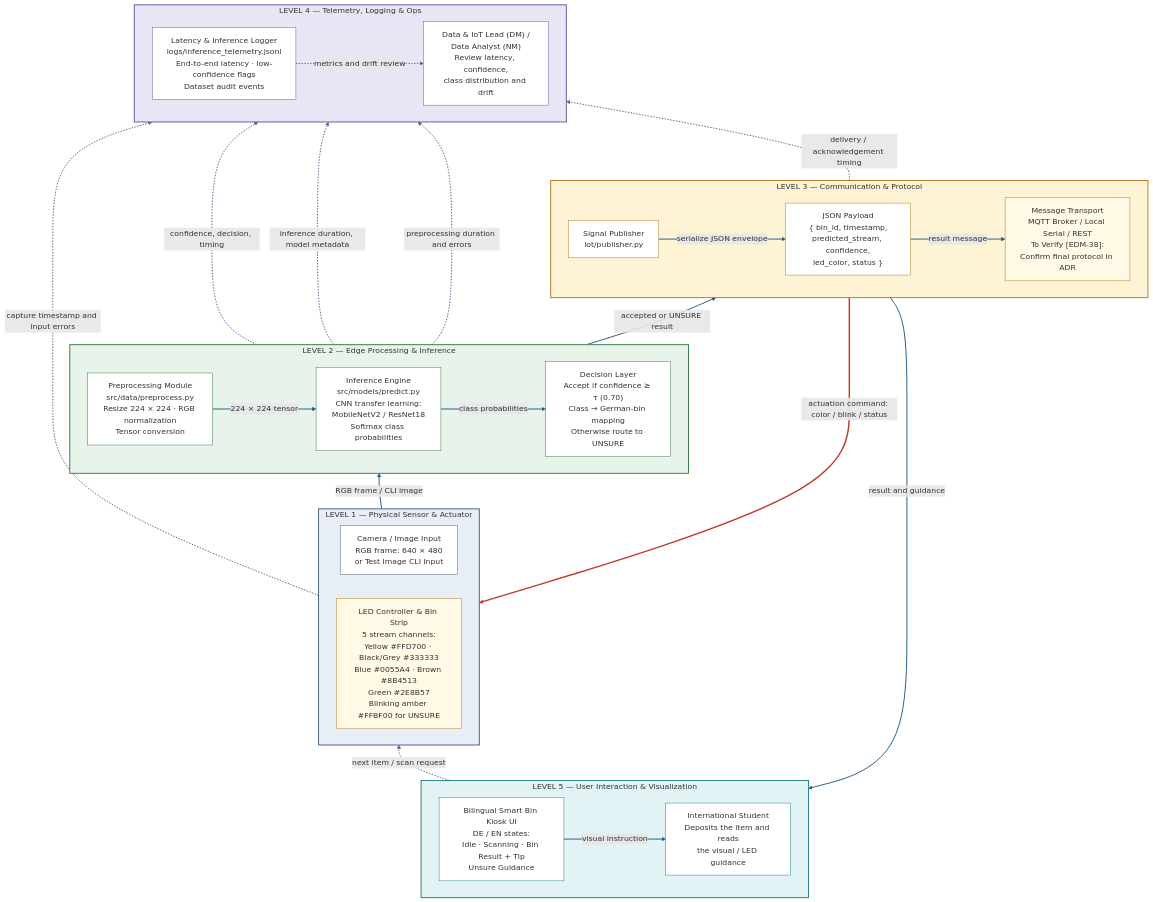
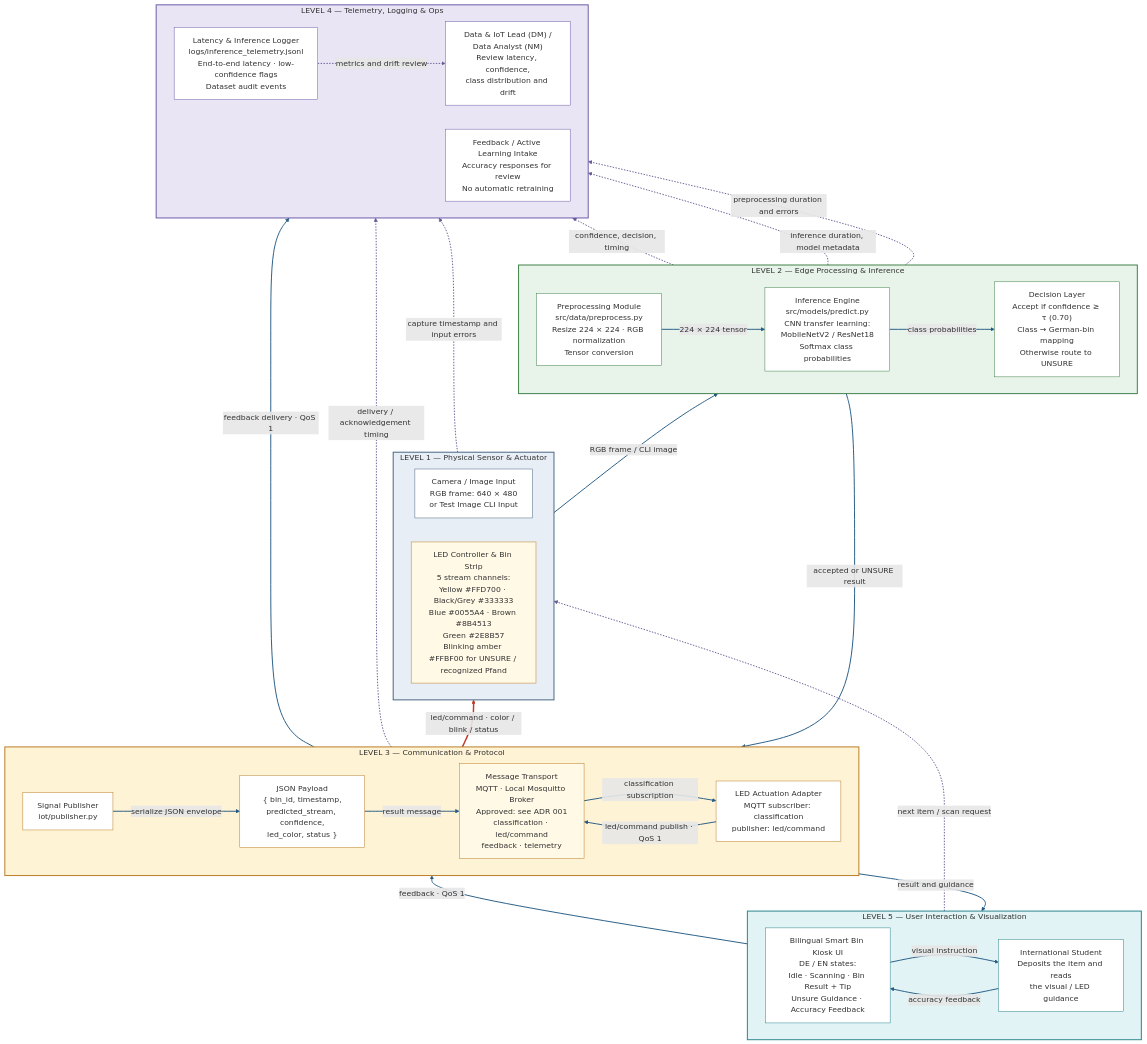
The diagram in docs/system_architecture.md (dany040518/TrashNet-Germany), drawn with Mermaid before and after one commit. The commit also changed other lines of this file and 1 other file, not shown here.

Commit message:
EDM-38 2.2.2 Choose communication protocol (ADR)

````diff
--- a/docs/system_architecture.md
+++ b/docs/system_architecture.md
@@ -32,72 +32,81 @@
 ```mermaid
 flowchart BT
     subgraph L1["LEVEL 1 — Physical Sensor & Actuator"]
         direction LR
         CAM["Camera / Image Input<br/>RGB frame: 640 × 480<br/>or Test Image CLI Input"]
-        LED["LED Controller & Bin Strip<br/>5 stream channels:<br/>Yellow #FFD700 · Black/Grey #333333<br/>Blue #0055A4 · Brown #8B4513<br/>Green #2E8B57<br/>Blinking amber #FFBF00 for UNSURE"]
+        LED["LED Controller & Bin Strip<br/>5 stream channels:<br/>Yellow #FFD700 · Black/Grey #333333<br/>Blue #0055A4 · Brown #8B4513<br/>Green #2E8B57<br/>Blinking amber #FFBF00 for UNSURE / recognized Pfand"]
     end
 
     subgraph L2["LEVEL 2 — Edge Processing & Inference"]
         direction LR
         PRE["Preprocessing Module<br/>src/data/preprocess.py<br/>Resize 224 × 224 · RGB normalization<br/>Tensor conversion"]
         INF["Inference Engine<br/>src/models/predict.py<br/>CNN transfer learning:<br/>MobileNetV2 / ResNet18<br/>Softmax class probabilities"]
         DEC["Decision Layer<br/>Accept if confidence ≥ τ (0.70)<br/>Class → German-bin mapping<br/>Otherwise route to UNSURE"]
     end
 
     subgraph L3["LEVEL 3 — Communication & Protocol"]
         direction LR
         PUB["Signal Publisher<br/>iot/publisher.py"]
         PAYLOAD["JSON Payload<br/>{ bin_id, timestamp,<br/>predicted_stream, confidence,<br/>led_color, status }"]
-        TRANSPORT["Message Transport<br/>MQTT Broker / Local Serial / REST<br/>To Verify [EDM-38]:<br/>Confirm final protocol in ADR"]
+        TRANSPORT["Message Transport<br/>MQTT · Local Mosquitto Broker<br/>Approved: see ADR 001<br/>classification · led/command<br/>feedback · telemetry"]
+        LED_ADAPTER["LED Actuation Adapter<br/>MQTT subscriber: classification<br/>publisher: led/command"]
     end
 
     subgraph L4["LEVEL 4 — Telemetry, Logging & Ops"]
         direction LR
         LOGGER["Latency & Inference Logger<br/>logs/inference_telemetry.jsonl<br/>End-to-end latency · low-confidence flags<br/>Dataset audit events"]
+        AL["Feedback / Active Learning Intake<br/>Accuracy responses for review<br/>No automatic retraining"]
         OPS["Data & IoT Lead (DM) /<br/>Data Analyst (NM)<br/>Review latency, confidence,<br/>class distribution and drift"]
     end
 
     subgraph L5["LEVEL 5 — User Interaction & Visualization"]
         direction LR
-        KIOSK["Bilingual Smart Bin Kiosk UI<br/>DE / EN states:<br/>Idle · Scanning · Bin Result + Tip<br/>Unsure Guidance"]
+        KIOSK["Bilingual Smart Bin Kiosk UI<br/>DE / EN states:<br/>Idle · Scanning · Bin Result + Tip<br/>Unsure Guidance · Accuracy Feedback"]
         USER["International Student<br/>Deposits the item and reads<br/>the visual / LED guidance"]
     end
 
     CAM -->|"RGB frame / CLI image"| PRE
     PRE -->|"224 × 224 tensor"| INF
     INF -->|"class probabilities"| DEC
     DEC -->|"accepted or UNSURE result"| PUB
     PUB -->|"serialize JSON envelope"| PAYLOAD
     PAYLOAD -->|"result message"| TRANSPORT
-    TRANSPORT ==>|"actuation command: color / blink / status"| LED
+    TRANSPORT -->|"classification subscription"| LED_ADAPTER
+    LED_ADAPTER -->|"led/command publish · QoS 1"| TRANSPORT
+    TRANSPORT ==>|"led/command · color / blink / status"| LED
     TRANSPORT -->|"result and guidance"| KIOSK
     KIOSK -->|"visual instruction"| USER
+    USER -->|"accuracy feedback"| KIOSK
+    KIOSK -->|"feedback · QoS 1"| TRANSPORT
+    TRANSPORT -->|"feedback delivery · QoS 1"| AL
     DEC -.->|"confidence, decision, timing"| LOGGER
     INF -.->|"inference duration, model metadata"| LOGGER
     TRANSPORT -.->|"delivery / acknowledgement timing"| LOGGER
     CAM -.->|"capture timestamp and input errors"| LOGGER
     PRE -.->|"preprocessing duration and errors"| LOGGER
     LOGGER -.->|"metrics and drift review"| OPS
     USER -.->|"next item / scan request"| CAM
 
     style L1 fill:#E8EEF5,stroke:#46627F,stroke-width:2px
     style L2 fill:#E8F4EA,stroke:#3A7D44,stroke-width:2px
     style L3 fill:#FFF3D6,stroke:#B7791F,stroke-width:2px
     style L4 fill:#E9E5F5,stroke:#6957A5,stroke-width:2px
     style L5 fill:#E1F3F4,stroke:#25828A,stroke-width:2px
     style CAM fill:#FFFFFF,stroke:#46627F
     style LED fill:#FFF9E6,stroke:#B7791F
     style PRE fill:#FFFFFF,stroke:#3A7D44
     style INF fill:#FFFFFF,stroke:#3A7D44
     style DEC fill:#FFFFFF,stroke:#3A7D44
     style PUB fill:#FFFFFF,stroke:#B7791F
     style PAYLOAD fill:#FFFFFF,stroke:#B7791F
     style TRANSPORT fill:#FFF9E6,stroke:#B7791F
+    style LED_ADAPTER fill:#FFFFFF,stroke:#B7791F
     style LOGGER fill:#FFFFFF,stroke:#6957A5
+    style AL fill:#FFFFFF,stroke:#6957A5
     style OPS fill:#FFFFFF,stroke:#6957A5
     style KIOSK fill:#FFFFFF,stroke:#25828A
     style USER fill:#FFFFFF,stroke:#25828A
-    linkStyle 0,1,2,3,4,5,7,8 stroke:#245B85,stroke-width:2px
-    linkStyle 6 stroke:#C0392B,stroke-width:3px
-    linkStyle 9,10,11,12,13,14,15 stroke:#6B5B95,stroke-width:2px,stroke-dasharray:3 3
+    linkStyle 0,1,2,3,4,5,6,7,9,10,11,12,13 stroke:#245B85,stroke-width:2px
+    linkStyle 8 stroke:#C0392B,stroke-width:3px
+    linkStyle 14,15,16,17,18,19,20 stroke:#6B5B95,stroke-width:2px,stroke-dasharray:3 3
 ```
````
